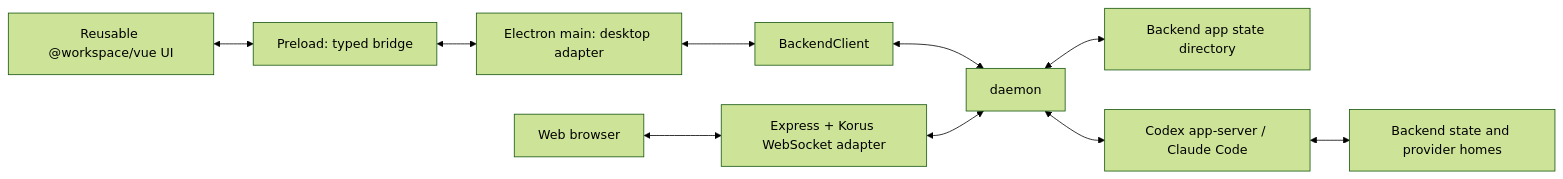
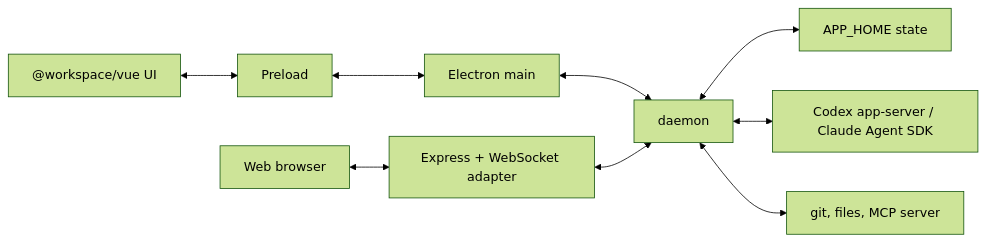
Before and after one commit to nbonamy/codex-claw: the diagram in docs/architecture.md, drawn with Mermaid (forest theme). The commit also changed other lines of this file and 12 other files, not shown here.

````diff
--- a/docs/architecture.md
+++ b/docs/architecture.md
@@ -452,23 +15,8 @@
 ```mermaid
 flowchart LR
-  Renderer["Reusable @workspace/vue UI"]
-  Preload["Preload: typed bridge"]
-  Main["Electron main: desktop adapter"]
-  Client["BackendClient"]
-  Backend["daemon"]
-  Web["Express + Korus WebSocket adapter"]
-  Browser["Web browser"]
-  Store["Backend app state directory"]
-  Server["Codex app-server / Claude Code"]
-  CodexHome["Backend state and provider homes"]
-
-  Renderer <--> Preload
-  Preload <--> Main
-  Main <--> Client
-  Client <--> Backend
-  Browser <--> Web
-  Web <--> Backend
-  Backend <--> Store
-  Backend <--> Server
-  Server <--> CodexHome
+  UI["@workspace/vue UI"] <--> Preload <--> Main["Electron main"] <--> D["daemon"]
+  Browser["Web browser"] <--> Web["Express + WebSocket adapter"] <--> D
+  D <--> State["APP_HOME state"]
+  D <--> P["Codex app-server / Claude Agent SDK"]
+  D <--> Git["git, files, MCP server"]
 ```
````
